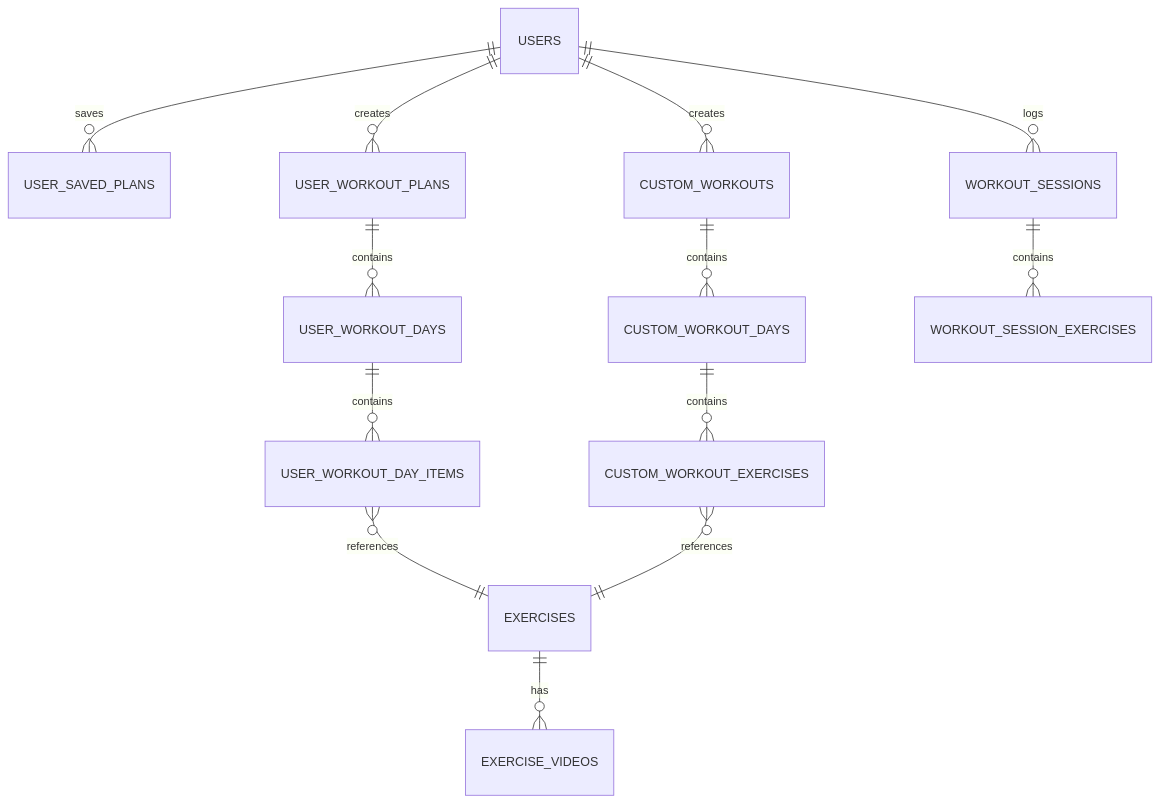
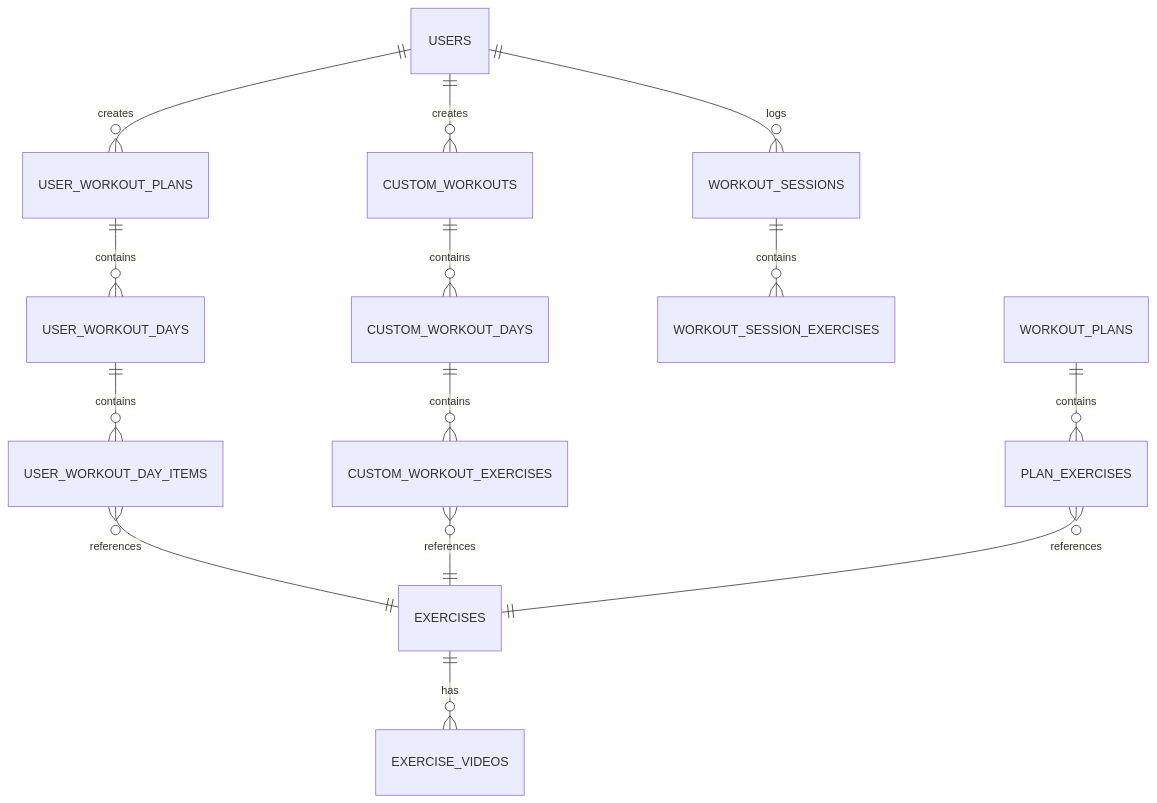
The first of 3 diagrams in DATABASE_ARCHITECTURE.md (moazanTUS/sculptfitt), drawn with Mermaid before and after one commit. The commit also changed other lines of this file, not shown here.

````diff
--- a/DATABASE_ARCHITECTURE.md
+++ b/DATABASE_ARCHITECTURE.md
@@ -5,19 +5,21 @@
 ```mermaid
 erDiagram
-    USERS ||--o{ USER_SAVED_PLANS : saves
     USERS ||--o{ USER_WORKOUT_PLANS : creates
     USERS ||--o{ CUSTOM_WORKOUTS : creates
     USERS ||--o{ WORKOUT_SESSIONS : logs
     
     USER_WORKOUT_PLANS ||--o{ USER_WORKOUT_DAYS : contains
     CUSTOM_WORKOUTS ||--o{ CUSTOM_WORKOUT_DAYS : contains
     
     USER_WORKOUT_DAYS ||--o{ USER_WORKOUT_DAY_ITEMS : contains
     CUSTOM_WORKOUT_DAYS ||--o{ CUSTOM_WORKOUT_EXERCISES : contains
     
     USER_WORKOUT_DAY_ITEMS }o--|| EXERCISES : references
     CUSTOM_WORKOUT_EXERCISES }o--|| EXERCISES : references
     
     EXERCISES ||--o{ EXERCISE_VIDEOS : has
     WORKOUT_SESSIONS ||--o{ WORKOUT_SESSION_EXERCISES : contains
+    
+    WORKOUT_PLANS ||--o{ PLAN_EXERCISES : contains
+    PLAN_EXERCISES }o--|| EXERCISES : references
 ```
````
